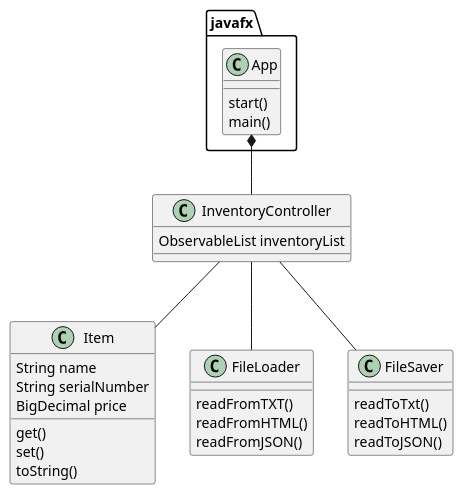
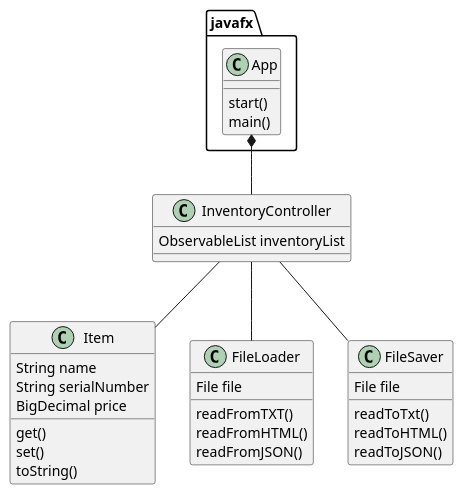
One commit to arkaik2k01/nobrega-7090-a5 changed the diagram in UML/ClassDiagram.puml. Above: the diagram before and after it, drawn with PlantUML. The commit also changed 2 other files, not shown here.

Commit message:
Created skeleton for most file related classes. Updated plantUML. Continue to work on pseudocode

```diff
--- a/UML/ClassDiagram.puml
+++ b/UML/ClassDiagram.puml
@@ -1,44 +1,46 @@
 @startuml
 'https://plantuml.com/class-diagram
 
 class javafx.App {
     start()
     main()
 }
 
 class Item {
     String name
     String serialNumber
     BigDecimal price
 
     get()
     set()
     toString()
 }
 
 class FileLoader {
+    File file
 
     readFromTXT()
     readFromHTML()
     readFromJSON()
 
 }
 
 class FileSaver {
+    File file
 
     readToTxt()
     readToHTML()
     readToJSON()
 
 }
 
 class InventoryController {
     ObservableList inventoryList
 }
 
 javafx.App*--InventoryController
 InventoryController--FileLoader
 InventoryController--Item
 InventoryController--FileSaver
 
 @enduml
```
